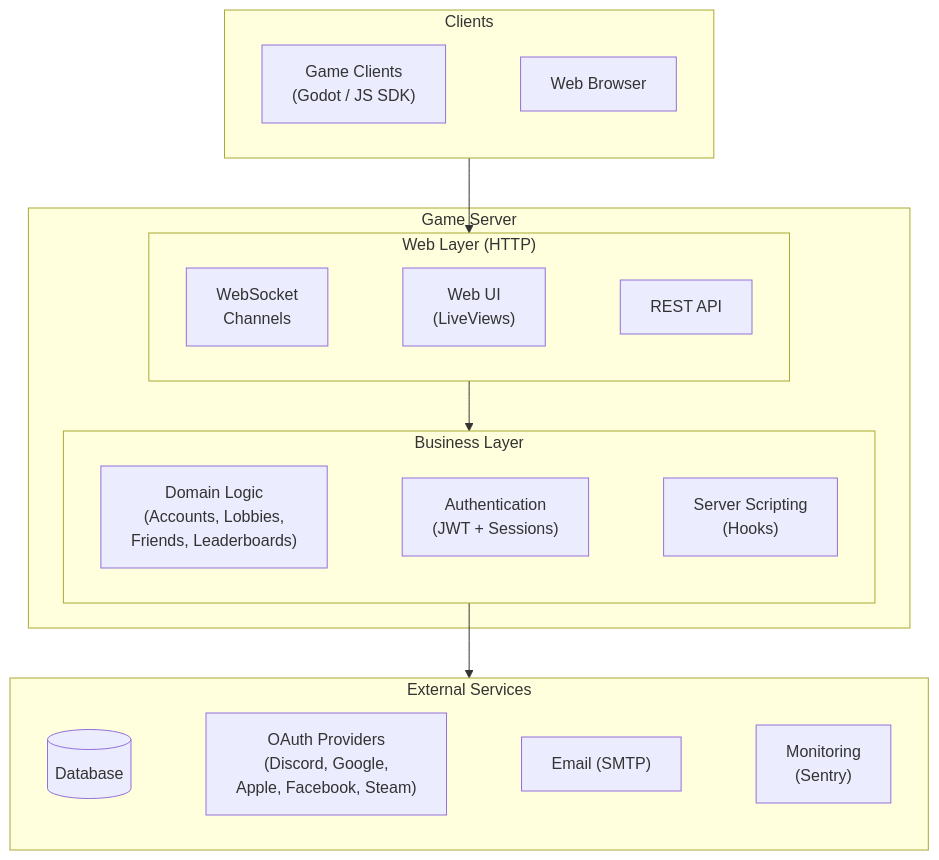
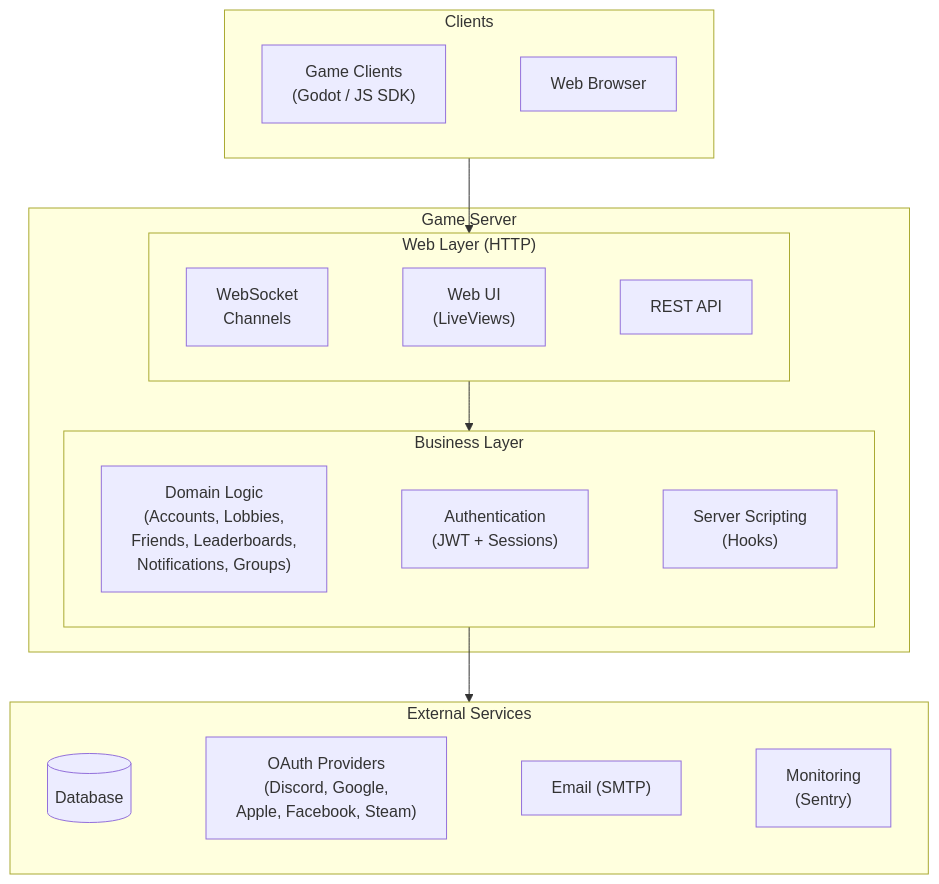
The first of 12 diagrams in ARCHITECTURE.md (appsinacup/game_server), drawn with Mermaid before and after one commit. The commit also changed other lines of this file and 24 other files, not shown here.

````diff
--- a/ARCHITECTURE.md
+++ b/ARCHITECTURE.md
@@ -9,25 +9,25 @@
 ```mermaid
 flowchart TB
     subgraph Clients["Clients"]
         GameClients["Game Clients<br/>(Godot / JS SDK)"] ~~~ Browser["Web Browser"]
     end
 
     subgraph GameServer["Game Server"]
 
     subgraph Phoenix["Web Layer (HTTP)"]
         Realtime["WebSocket<br/>Channels"] ~~~ WebUI["Web UI<br/>(LiveViews)"] ~~~ API["REST API"]
     end
 
     subgraph Core["Business Layer"]
-        Domain["Domain Logic<br/>(Accounts, Lobbies,<br/>Friends, Leaderboards)"] ~~~ Auth["Authentication<br/>(JWT + Sessions)"] ~~~ Hooks["Server Scripting<br/>(Hooks)"]
+        Domain["Domain Logic<br/>(Accounts, Lobbies,<br/>Friends, Leaderboards,<br/>Notifications, Groups)"] ~~~ Auth["Authentication<br/>(JWT + Sessions)"] ~~~ Hooks["Server Scripting<br/>(Hooks)"]
     end
     end
 
     subgraph External["External Services"]
         DB[(Database)] ~~~ OAuth["OAuth Providers<br/>(Discord, Google,<br/>Apple, Facebook, Steam)"] ~~~ Email["Email (SMTP)"] ~~~ Monitoring["Monitoring<br/>(Sentry)"]
     end
 
     Clients --> Phoenix
     Phoenix --> Core
     Core --> External
 ```
````
